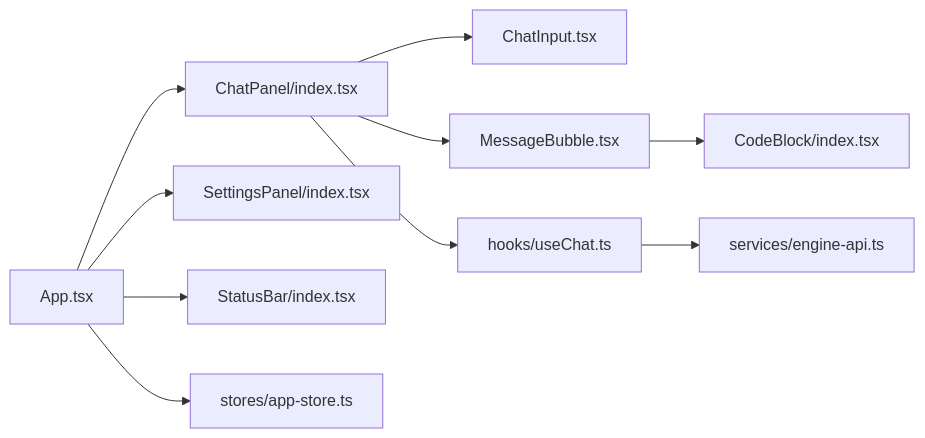
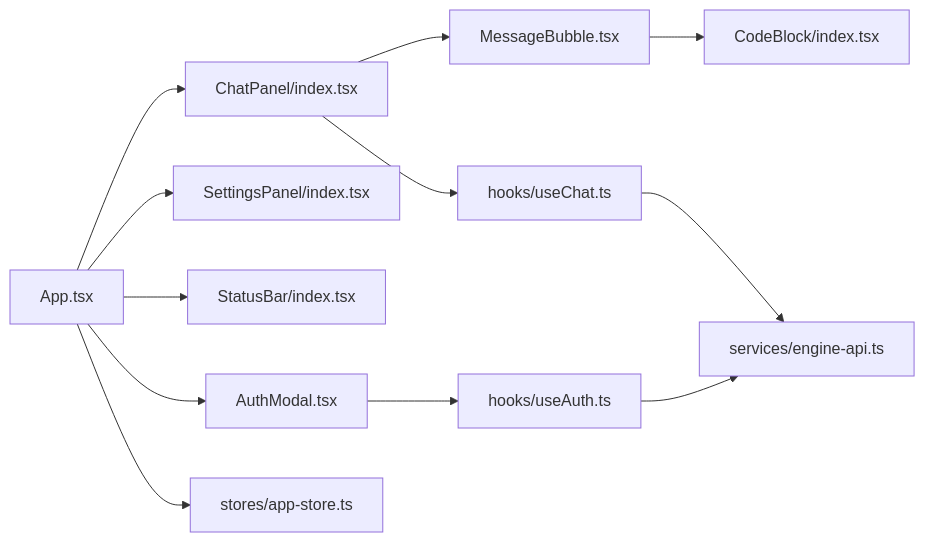
Before and after one commit to kkutysllb/KCoder: the sixth of 6 diagrams in .qoder/repowiki/zh/content/架构设计/分层架构详解/表现层（Presentation Layer）/React组件架构.md, drawn with Mermaid. The commit also changed other lines of this file and 141 other files, not shown here.

````diff
--- a/.qoder/repowiki/zh/content/架构设计/分层架构详解/表现层（Presentation Layer）/React组件架构.md
+++ b/.qoder/repowiki/zh/content/架构设计/分层架构详解/表现层（Presentation Layer）/React组件架构.md
@@ -299,12 +371,14 @@
 ```mermaid
 graph LR
 App["App.tsx"] --> ChatPanel["ChatPanel/index.tsx"]
 App --> SettingsPanel["SettingsPanel/index.tsx"]
 App --> StatusBar["StatusBar/index.tsx"]
-ChatPanel --> ChatInput["ChatInput.tsx"]
+App --> AuthModal["AuthModal.tsx"]
 ChatPanel --> MessageBubble["MessageBubble.tsx"]
 MessageBubble --> CodeBlock["CodeBlock/index.tsx"]
 ChatPanel --> useChat["hooks/useChat.ts"]
+AuthModal --> useAuth["hooks/useAuth.ts"]
 useChat --> engineApi["services/engine-api.ts"]
+useAuth --> engineApi
 App --> appStore["stores/app-store.ts"]
 ```
````
